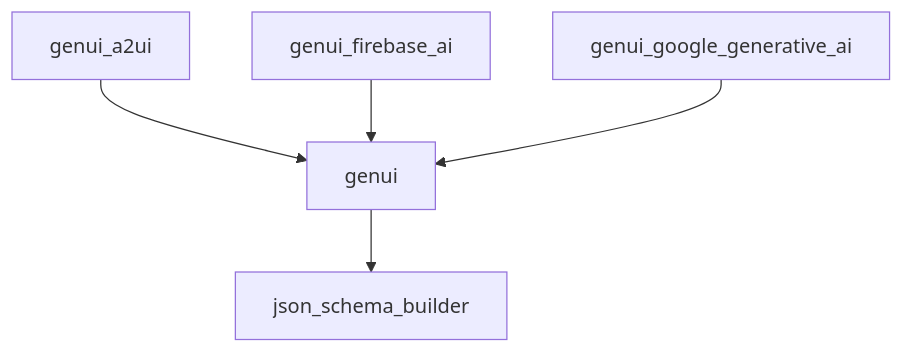
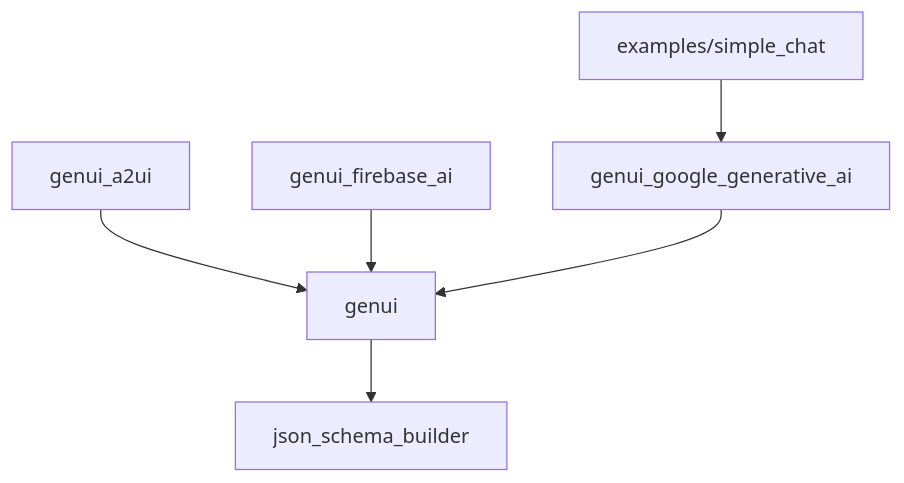
One commit to flutter/genui changed the diagram in README.md. Above: the diagram before and after it, drawn with Mermaid.

````diff
--- a/README.md
+++ b/README.md
@@ -97,7 +97,8 @@
 ```mermaid
 graph TD
+  examples/simple_chat --> genui_google_generative_ai
   genui --> json_schema_builder
   genui_a2ui --> genui
   genui_firebase_ai --> genui
   genui_google_generative_ai --> genui
 ```
````
